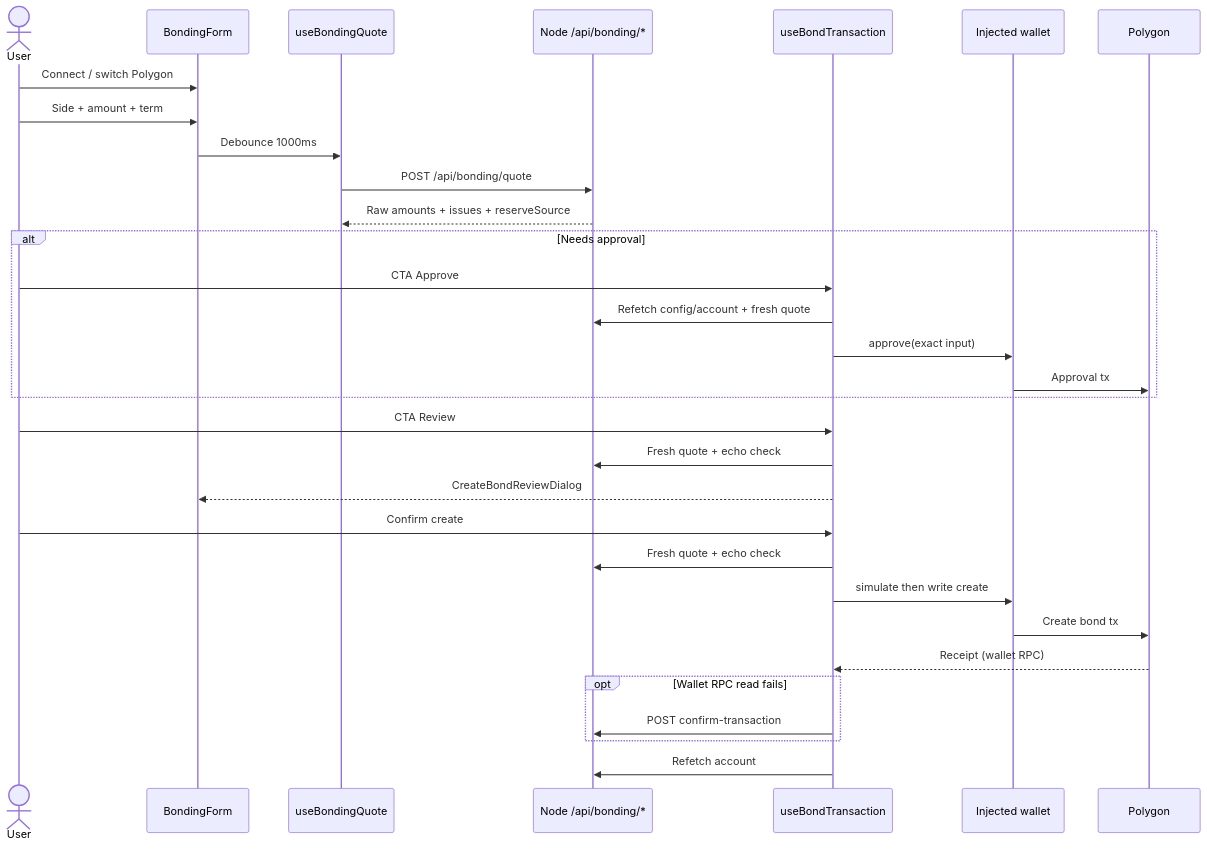
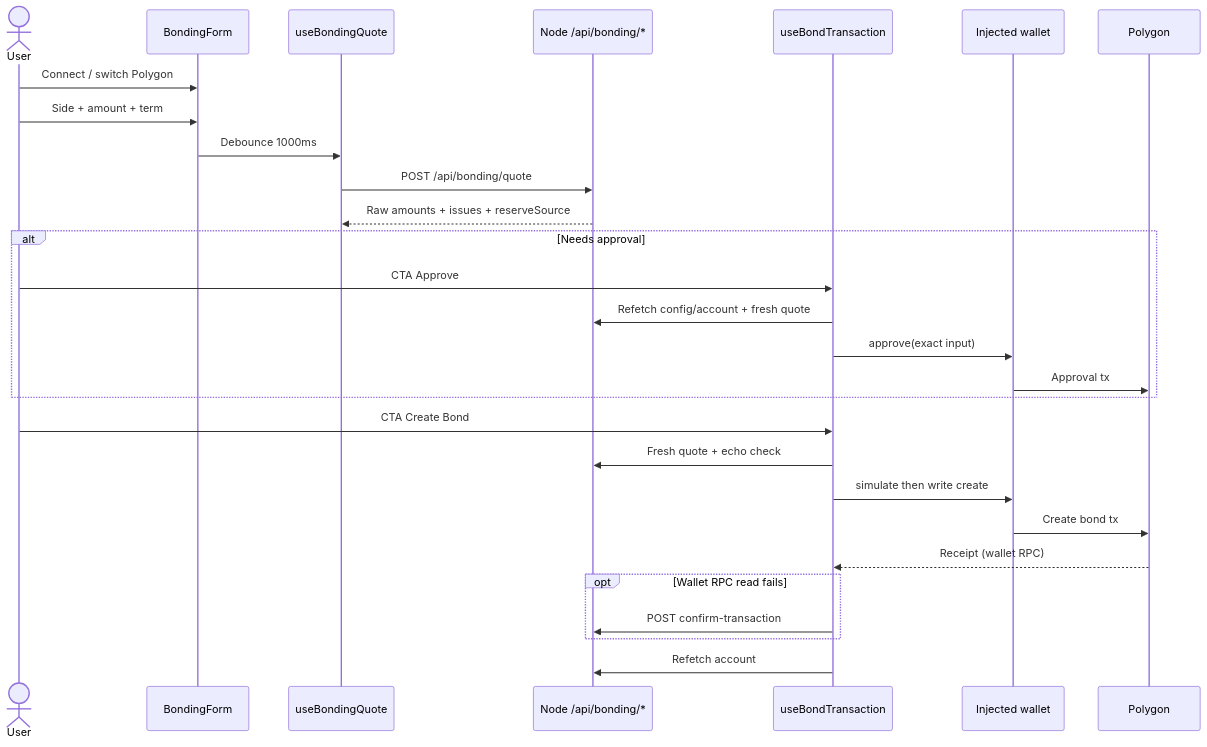
The second of 2 diagrams in docs/bonding-technical-overview.md (lx-production/prana-stats-revamp), drawn with Mermaid before and after one commit. The commit also changed other lines of this file and 23 other files, not shown here.

Commit message:
Refactor bonding UI flow by removing the review dialog step, streamlining the process to Approve → Create Bond → Confirming.

````diff
--- a/docs/bonding-technical-overview.md
+++ b/docs/bonding-technical-overview.md
@@ -135,37 +135,33 @@
 ```mermaid
 sequenceDiagram
   actor User
   participant Form as BondingForm
   participant Quote as useBondingQuote
   participant API as Node /api/bonding/*
   participant Tx as useBondTransaction
   participant Wallet as Injected wallet
   participant Chain as Polygon
 
   User->>Form: Connect / switch Polygon
   User->>Form: Side + amount + term
   Form->>Quote: Debounce 1000ms
   Quote->>API: POST /api/bonding/quote
   API-->>Quote: Raw amounts + issues + reserveSource
 
   alt Needs approval
     User->>Tx: CTA Approve
     Tx->>API: Refetch config/account + fresh quote
     Tx->>Wallet: approve(exact input)
     Wallet->>Chain: Approval tx
   end
 
-  User->>Tx: CTA Review
-  Tx->>API: Fresh quote + echo check
-  Tx-->>Form: CreateBondReviewDialog
-
-  User->>Tx: Confirm create
+  User->>Tx: CTA Create Bond
   Tx->>API: Fresh quote + echo check
   Tx->>Wallet: simulate then write create
   Wallet->>Chain: Create bond tx
   Chain-->>Tx: Receipt (wallet RPC)
   opt Wallet RPC read fails
     Tx->>API: POST confirm-transaction
   end
   Tx->>API: Refetch account
 ```
````
